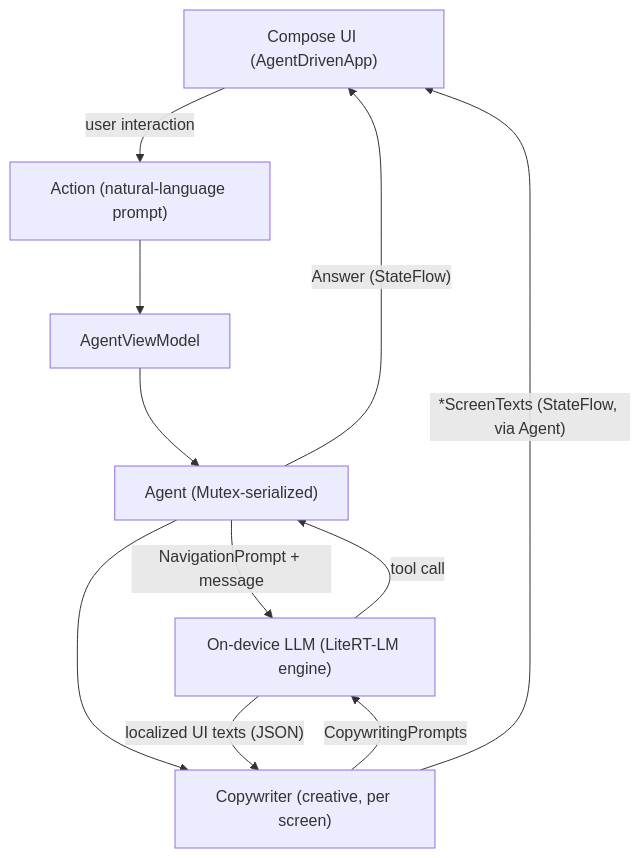
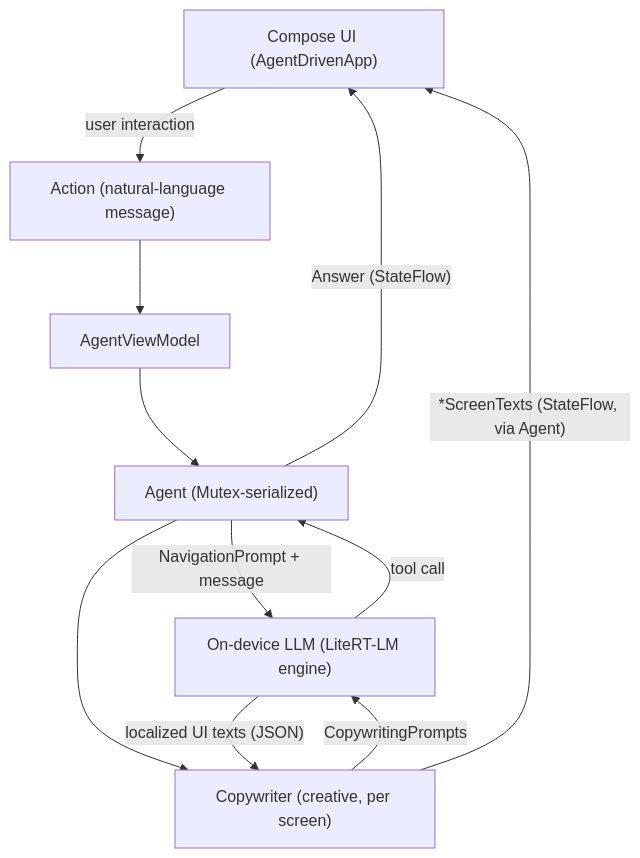
The second of 2 diagrams in README.md (kamilpierudzki/ai-powered-demo-app), drawn with Mermaid before and after one commit. The commit also changed other lines of this file and 9 other files, not shown here.

Commit message:
Rename Action.prompt to Action.message

````diff
--- a/README.md
+++ b/README.md
@@ -50,13 +50,13 @@
 ```mermaid
 flowchart TD
-    UI["Compose UI (AgentDrivenApp)"] -->|"user interaction"| Action["Action (natural-language prompt)"]
+    UI["Compose UI (AgentDrivenApp)"] -->|"user interaction"| Action["Action (natural-language message)"]
     Action --> VM["AgentViewModel"]
     VM --> Agent["Agent (Mutex-serialized)"]
     Agent -->|"NavigationPrompt + message"| LLM["On-device LLM (LiteRT-LM engine)"]
     LLM -->|"tool call"| Agent
     Agent -->|"Answer (StateFlow)"| UI
     Agent --> Copywriter["Copywriter (creative, per screen)"]
     Copywriter -->|"CopywritingPrompts"| LLM
     LLM -->|"localized UI texts (JSON)"| Copywriter
     Copywriter -->|"*ScreenTexts (StateFlow, via Agent)"| UI
 ```
````
